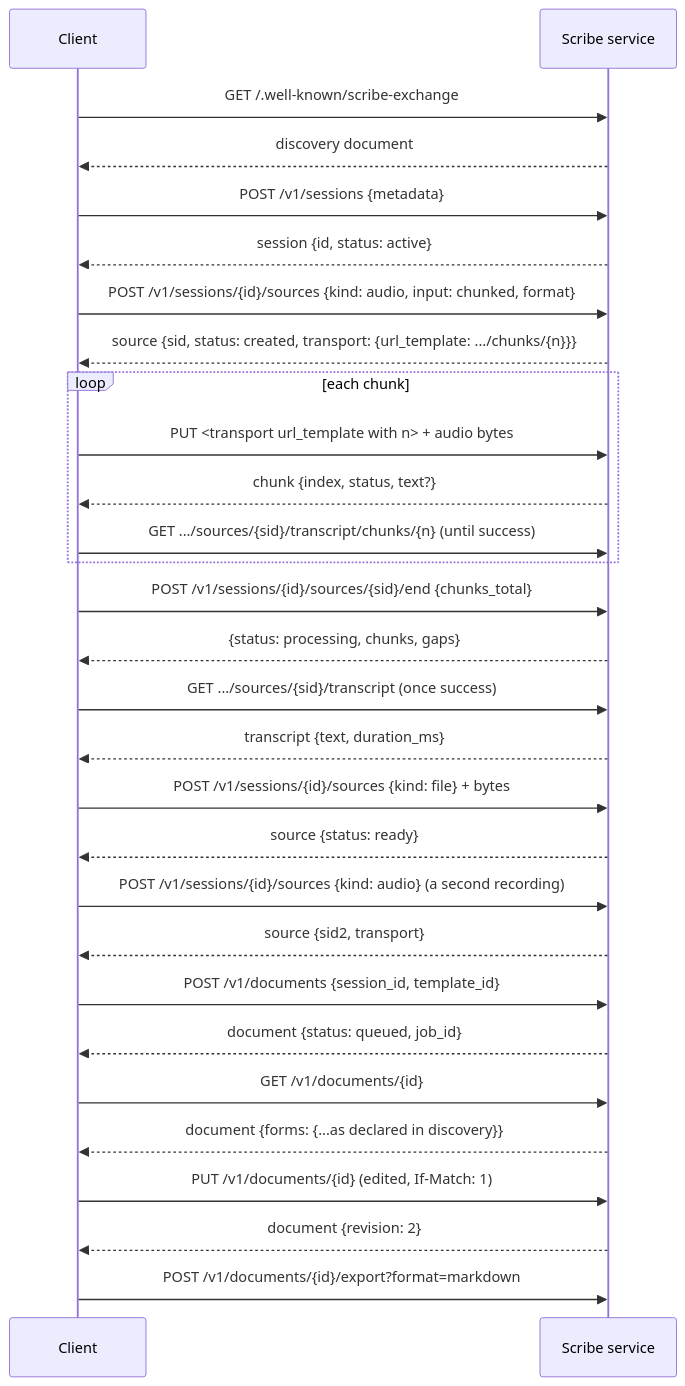
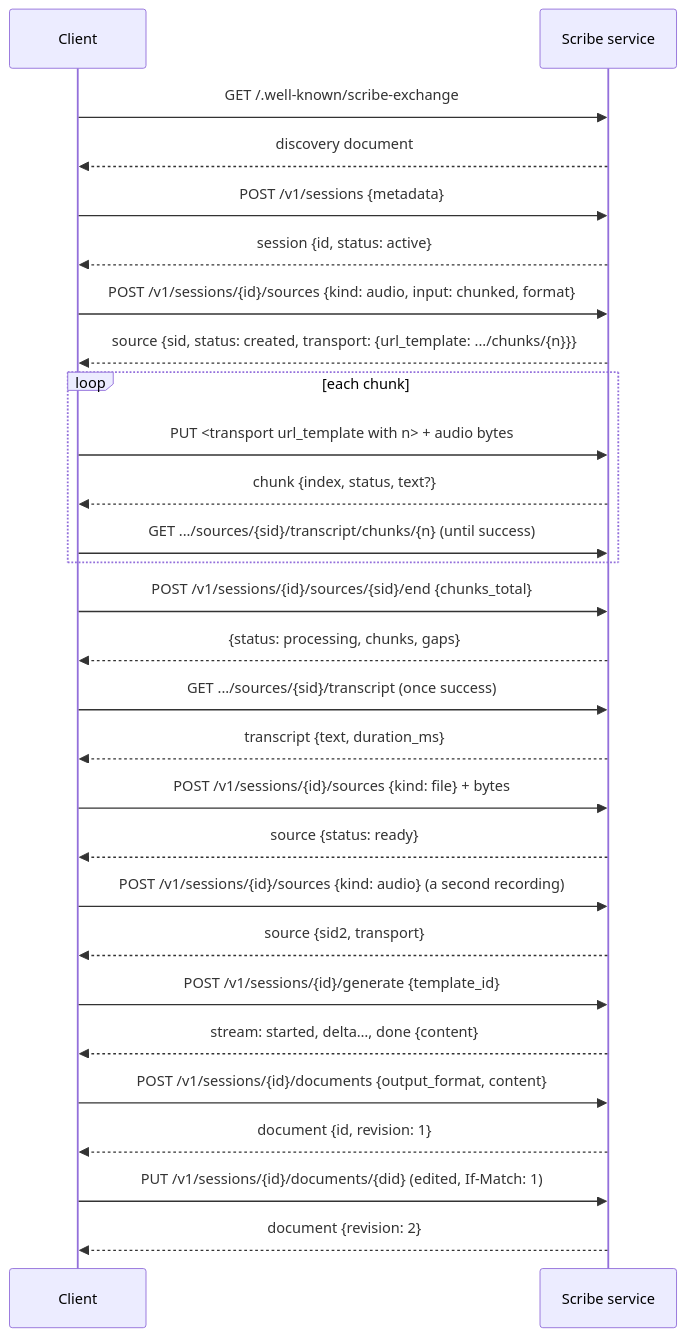
Before and after one commit to eka-care/scribeexchangeprotocol: the first of 2 diagrams in spec/02-architecture.md, drawn with Mermaid. The commit also changed other lines of this file and 24 other files, not shown here.

````diff
--- a/spec/02-architecture.md
+++ b/spec/02-architecture.md
@@ -23,31 +23,30 @@
 ```mermaid
 sequenceDiagram
   participant C as Client
   participant S as Scribe service
   C->>S: GET /.well-known/scribe-exchange
   S-->>C: discovery document
   C->>S: POST /v1/sessions {metadata}
   S-->>C: session {id, status: active}
   C->>S: POST /v1/sessions/{id}/sources {kind: audio, input: chunked, format}
   S-->>C: source {sid, status: created, transport: {url_template: .../chunks/{n}}}
   loop each chunk
     C->>S: PUT <transport url_template with n> + audio bytes
     S-->>C: chunk {index, status, text?}
     C->>S: GET .../sources/{sid}/transcript/chunks/{n}   (until success)
   end
   C->>S: POST /v1/sessions/{id}/sources/{sid}/end {chunks_total}
   S-->>C: {status: processing, chunks, gaps}
   C->>S: GET .../sources/{sid}/transcript   (once success)
   S-->>C: transcript {text, duration_ms}
   C->>S: POST /v1/sessions/{id}/sources {kind: file} + bytes
   S-->>C: source {status: ready}
   C->>S: POST /v1/sessions/{id}/sources {kind: audio}   (a second recording)
   S-->>C: source {sid2, transport}
-  C->>S: POST /v1/documents {session_id, template_id}
-  S-->>C: document {status: queued, job_id}
-  C->>S: GET /v1/documents/{id}
-  S-->>C: document {forms: {...as declared in discovery}}
-  C->>S: PUT /v1/documents/{id} (edited, If-Match: 1)
+  C->>S: POST /v1/sessions/{id}/generate {template_id}
+  S-->>C: stream: started, delta…, done {content}
+  C->>S: POST /v1/sessions/{id}/documents {output_format, content}
+  S-->>C: document {id, revision: 1}
+  C->>S: PUT /v1/sessions/{id}/documents/{did} (edited, If-Match: 1)
   S-->>C: document {revision: 2}
-  C->>S: POST /v1/documents/{id}/export?format=markdown
 ```
````
